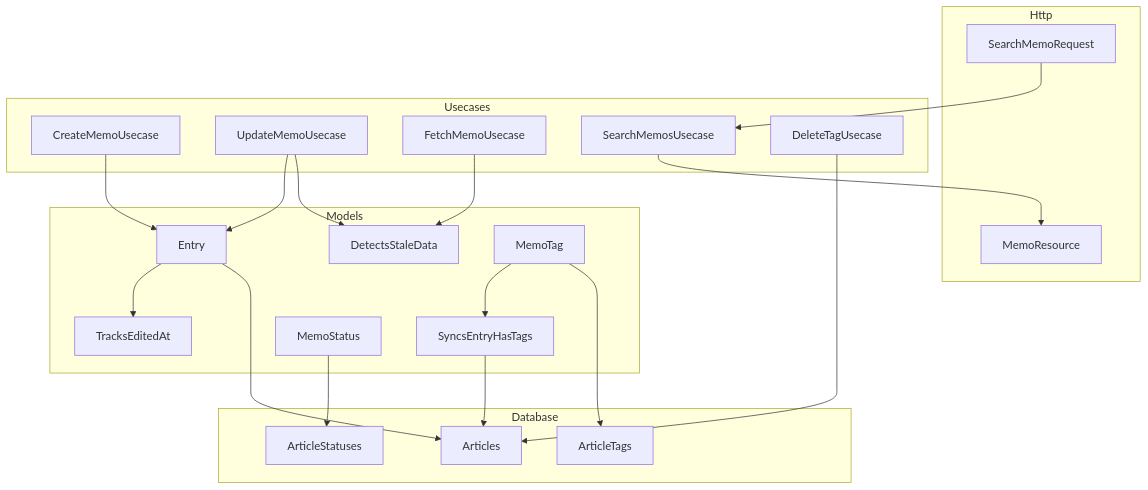
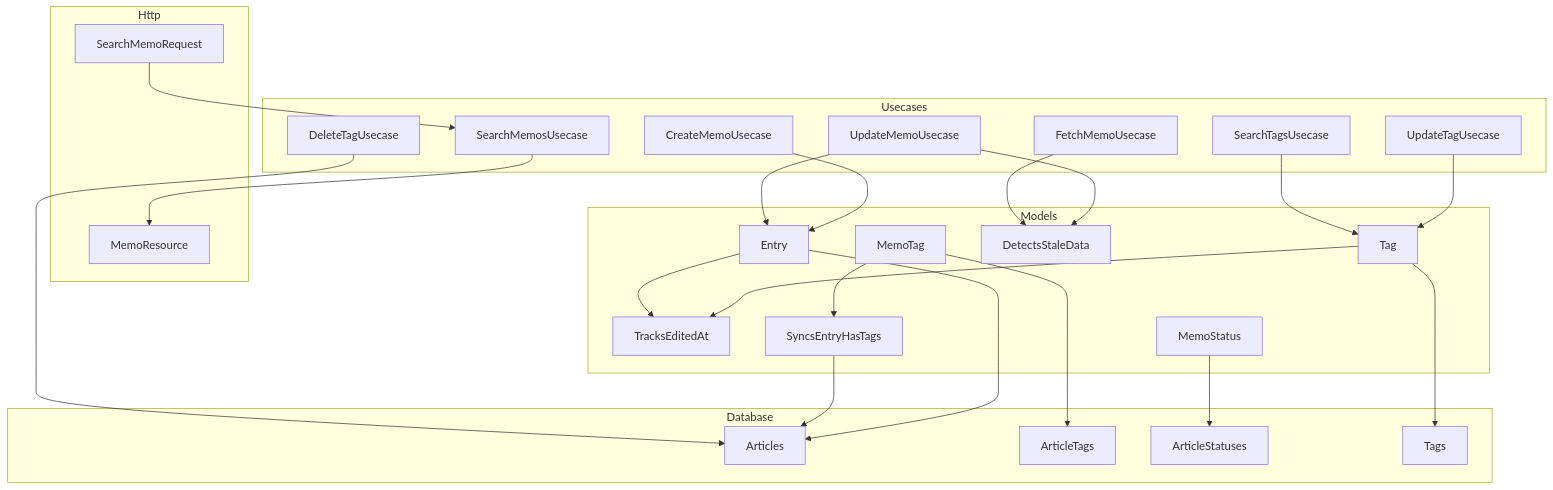
Before and after one commit to s19013/sundlf-replace2: the first of 4 diagrams in .kiro/specs/edited-at-and-has-tags/design.md, drawn with Mermaid. The commit also changed other lines of this file and 3 other files, not shown here.

````diff
--- a/.kiro/specs/edited-at-and-has-tags/design.md
+++ b/.kiro/specs/edited-at-and-has-tags/design.md
@@ -74,40 +83,48 @@
 ```mermaid
 graph TB
     subgraph Http
         SearchMemoRequest
         MemoResource
     end
     subgraph Usecases
         CreateMemoUsecase
         UpdateMemoUsecase
         FetchMemoUsecase
         SearchMemosUsecase
         DeleteTagUsecase
+        UpdateTagUsecase
+        SearchTagsUsecase
     end
     subgraph Models
         Entry
+        Tag
         TracksEditedAt
         DetectsStaleData
         MemoTag
         SyncsEntryHasTags
         MemoStatus
     end
     subgraph Database
         Articles
         ArticleTags
         ArticleStatuses
+        Tags
     end
     SearchMemoRequest --> SearchMemosUsecase
+    UpdateTagUsecase --> Tag
+    SearchTagsUsecase --> Tag
+    Tag --> TracksEditedAt
+    Tag --> Tags
     SearchMemosUsecase --> MemoResource
     CreateMemoUsecase --> Entry
     UpdateMemoUsecase --> Entry
     UpdateMemoUsecase --> DetectsStaleData
     FetchMemoUsecase --> DetectsStaleData
     Entry --> TracksEditedAt
     Entry --> Articles
     MemoTag --> SyncsEntryHasTags
     SyncsEntryHasTags --> Articles
     DeleteTagUsecase --> Articles
     MemoTag --> ArticleTags
     MemoStatus --> ArticleStatuses
 ```
````
